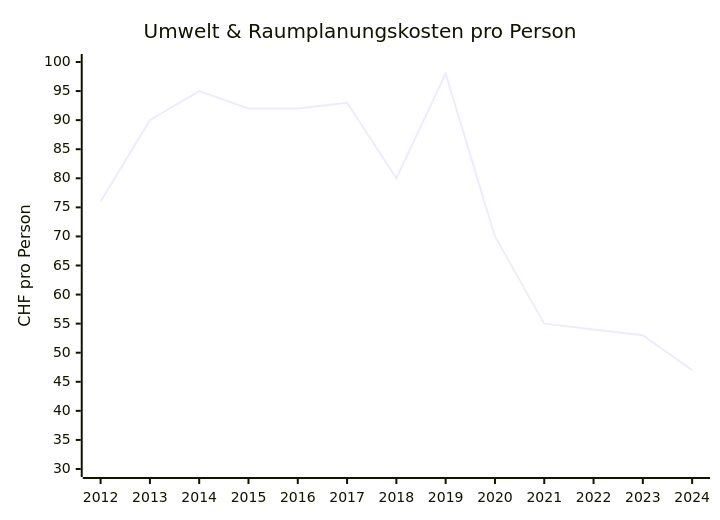
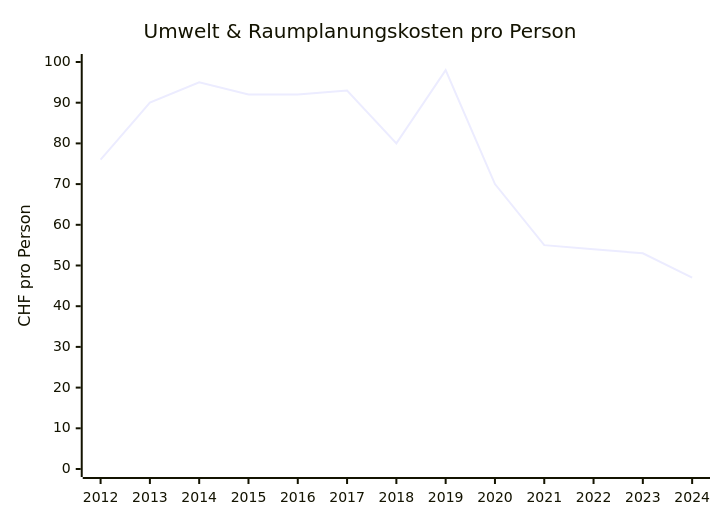
One commit to risajef/risajef.github.io changed the eighth of 8 diagrams in docs/politics/finanzen-beringen.md. Above: the diagram before and after it, drawn with Mermaid. The commit also changed other lines of this file and 5 other files, not shown here.

````diff
--- a/docs/politics/finanzen-beringen.md
+++ b/docs/politics/finanzen-beringen.md
@@ -118,7 +118,7 @@
 ```mermaid
 xychart
 title "Umwelt & Raumplanungskosten pro Person"
 x-axis [2012, 2013, 2014, 2015, 2016, 2017, 2018, 2019, 2020, 2021, 2022, 2023, 2024]
-y-axis "CHF pro Person" 30 --> 100
+y-axis "CHF pro Person" 0 --> 100
 line [76, 90, 95, 92, 92, 93, 80, 98, 70, 55, 54, 53, 47]
 ```
````
